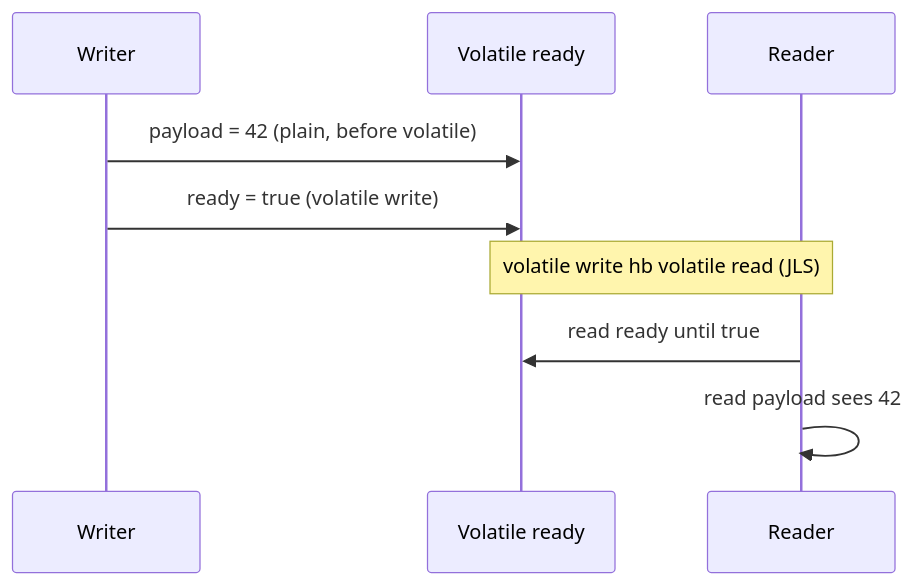
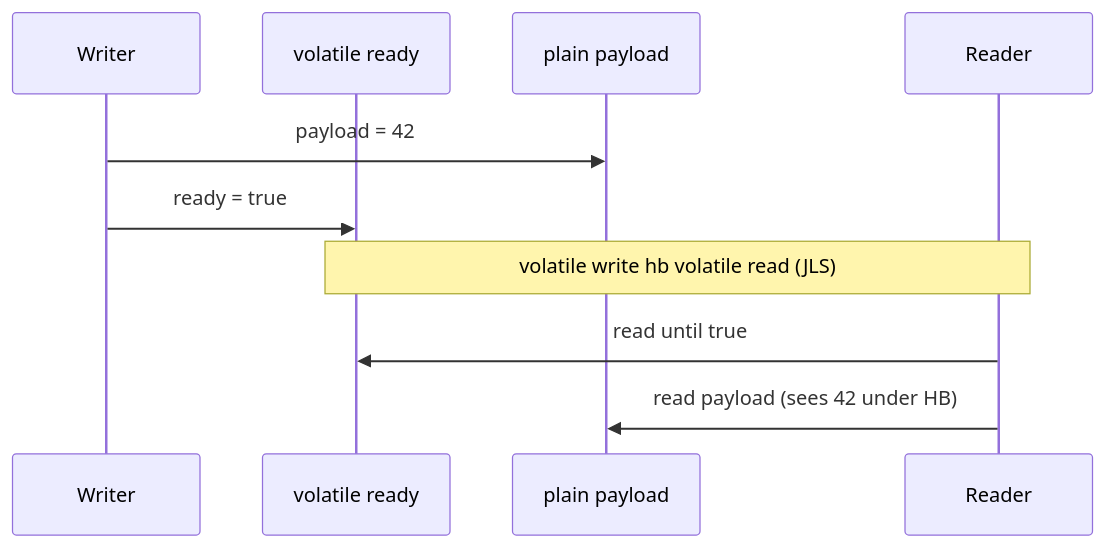
The first of 2 diagrams in 25-java-memory-model/02-happens-before-and-visibility.md (lostfromlight1/java-handbook), drawn with Mermaid before and after one commit. The commit also changed other lines of this file and 3 other files, not shown here.

````diff
--- a/25-java-memory-model/02-happens-before-and-visibility.md
+++ b/25-java-memory-model/02-happens-before-and-visibility.md
@@ -48,12 +200,13 @@
 ```mermaid
 sequenceDiagram
     participant W as Writer
-    participant Mem as Volatile ready
+    participant Ready as volatile ready
+    participant Pay as plain payload
     participant R as Reader
 
-    W->>Mem: payload = 42 (plain, before volatile)
-    W->>Mem: ready = true (volatile write)
-    Note over Mem,R: volatile write hb volatile read (JLS)
-    R->>Mem: read ready until true
-    R->>R: read payload sees 42
+    W->>Pay: payload = 42
+    W->>Ready: ready = true
+    Note over Ready,R: volatile write hb volatile read (JLS)
+    R->>Ready: read until true
+    R->>Pay: read payload (sees 42 under HB)
 ```
````
